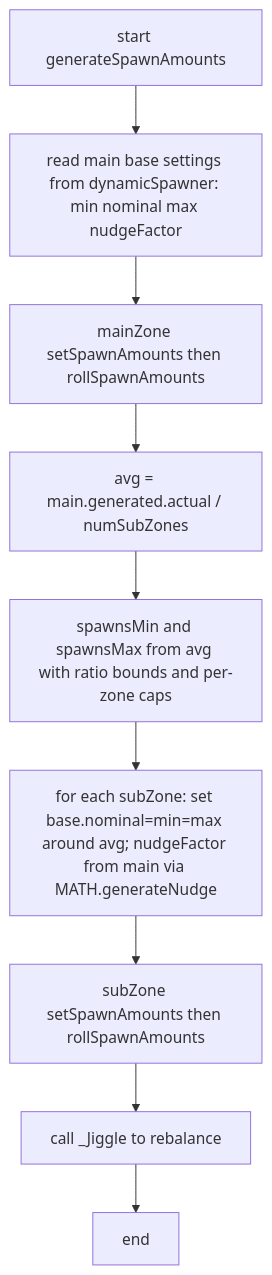
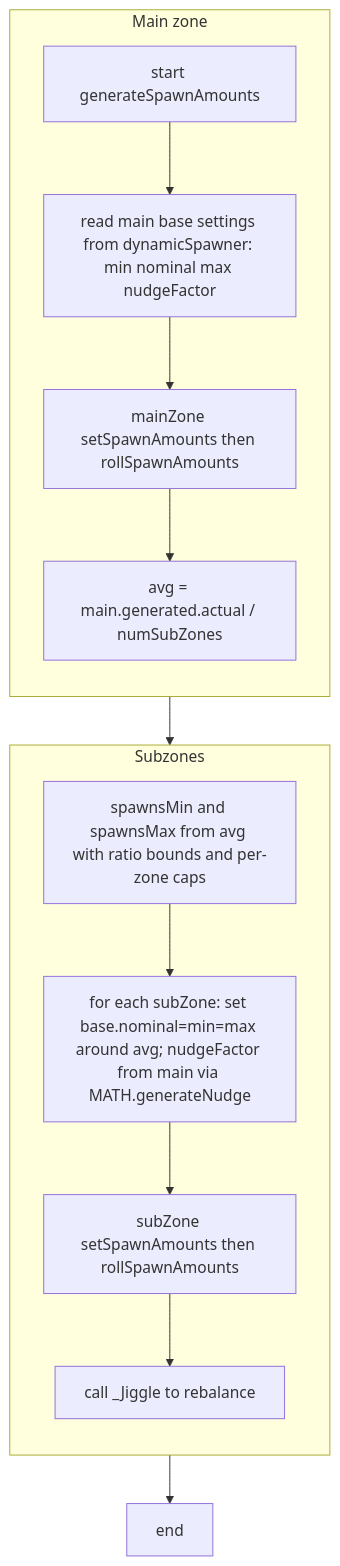
Before and after one commit to Gh0st352/AETHR: the third of 7 diagrams in docs/spawner/types_and_counts.md, drawn with Mermaid. The commit also changed other lines of this file and 9 other files, not shown here.

First line of the commit message:
docs(spawner, mermaid): restructure diagrams and clarify headings

````diff
--- a/docs/spawner/types_and_counts.md
+++ b/docs/spawner/types_and_counts.md
@@ -89,11 +120,24 @@
 ```mermaid
+%% shared theme: docs/_mermaid/theme.json %%
 flowchart TB
-  A0[start generateSpawnAmounts] --> M0[read main base settings from dynamicSpawner: min nominal max nudgeFactor]
-  M0 --> M1[mainZone setSpawnAmounts then rollSpawnAmounts]
-  M1 --> CAVG[avg = main.generated.actual / numSubZones]
-  CAVG --> B0[spawnsMin and spawnsMax from avg with ratio bounds and per-zone caps]
-  B0 --> S0[for each subZone: set base.nominal=min=max around avg; nudgeFactor from main via MATH.generateNudge]
-  S0 --> S1[subZone setSpawnAmounts then rollSpawnAmounts]
-  S1 --> J0[call _Jiggle to rebalance]
+  subgraph "Main zone"
+    direction TB
+    A0[start generateSpawnAmounts] --> M0[read main base settings from dynamicSpawner: min nominal max nudgeFactor]
+    M0 --> M1[mainZone setSpawnAmounts then rollSpawnAmounts]
+    M1 --> CAVG[avg = main.generated.actual / numSubZones]
+  end
+
+  subgraph "Subzones"
+    direction TB
+    CAVG --> B0[spawnsMin and spawnsMax from avg with ratio bounds and per-zone caps]
+    B0 --> S0[for each subZone: set base.nominal=min=max around avg; nudgeFactor from main via MATH.generateNudge]
+    S0 --> S1[subZone setSpawnAmounts then rollSpawnAmounts]
+    S1 --> J0[call _Jiggle to rebalance]
+  end
+
   J0 --> DONE[end]
+
+  class A0 class_io;
+  class M0,M1,CAVG,B0,S0,S1,J0 class_step;
+  class DONE class_result;
 ```
````
